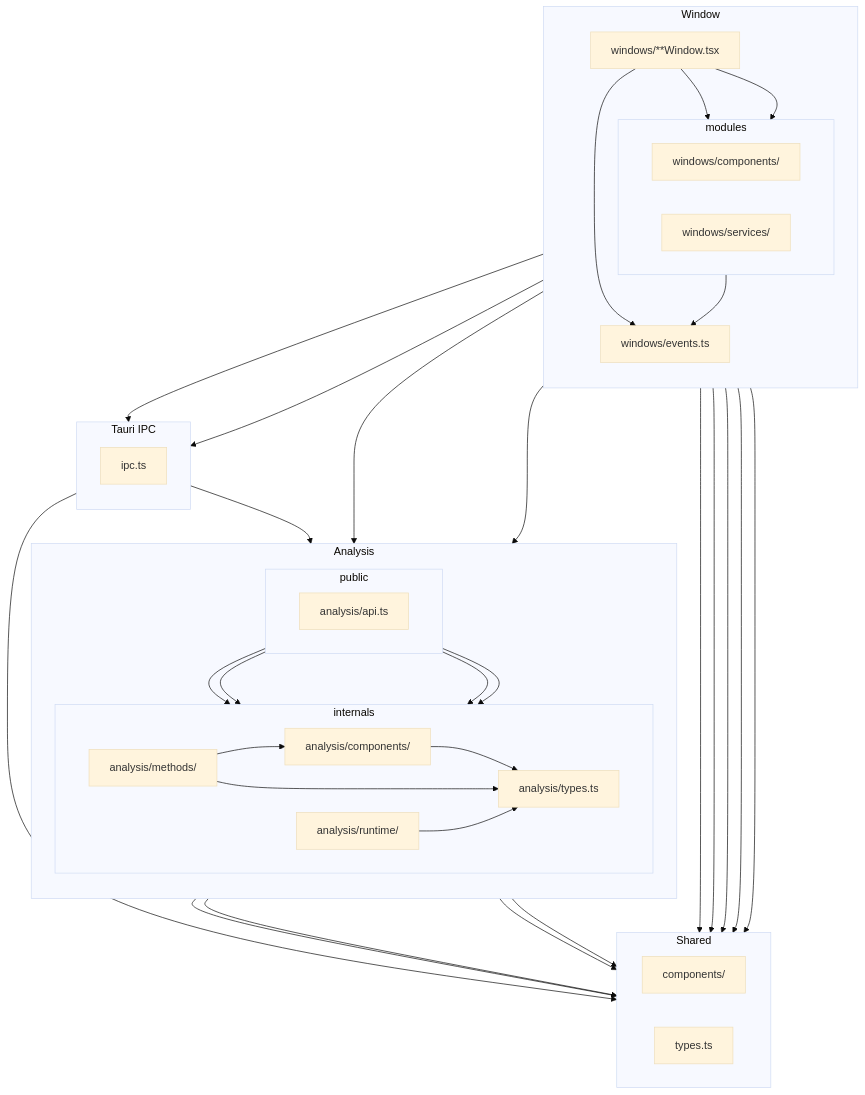
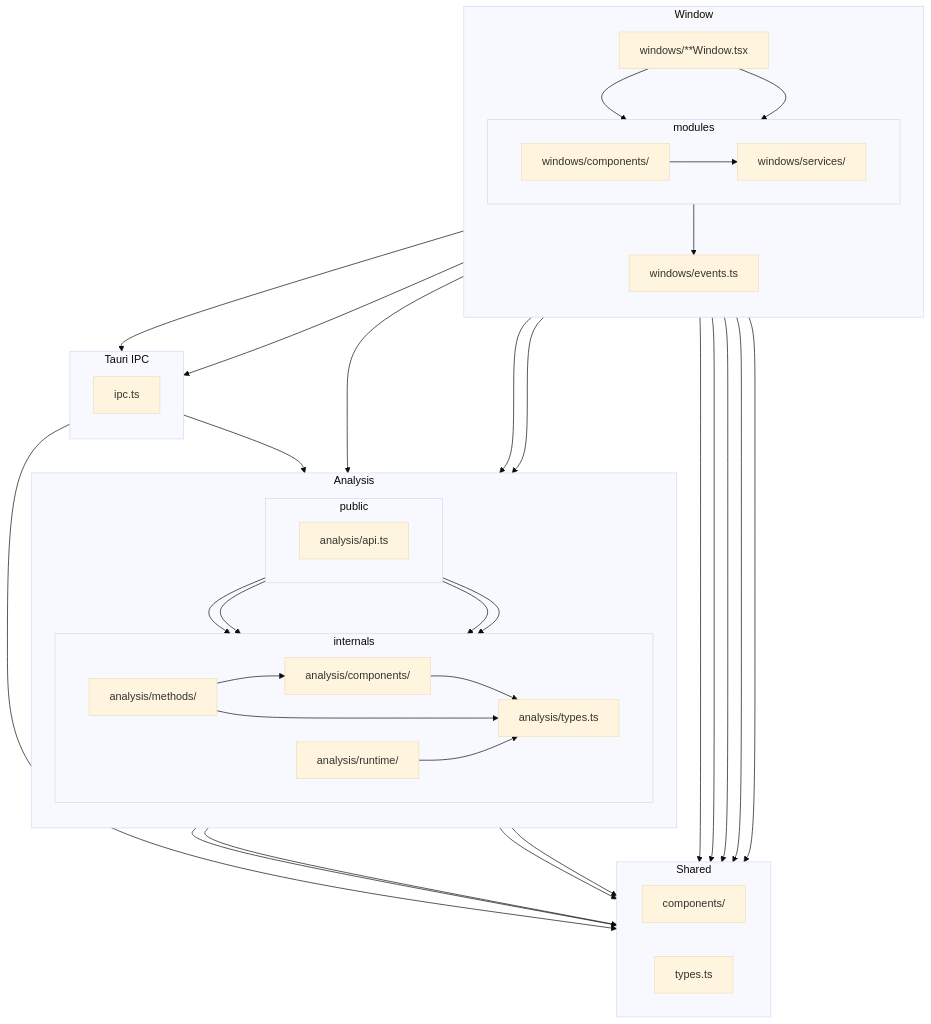
Before and after one commit to stkii/sai: the second of 4 diagrams in docs/ARCHITECTURE.md, drawn with Mermaid (base theme). The commit also changed other lines of this file and 2 other files, not shown here.

````diff
--- a/docs/ARCHITECTURE.md
+++ b/docs/ARCHITECTURE.md
@@ -6,79 +80,79 @@
 ```mermaid
 flowchart TB
   direction TB
 
   subgraph P["Window"]
     direction TB
 
     W["windows/**Window.tsx"]
     WE["windows/events.ts"]
 
     subgraph modules
       direction LR
       WC["windows/components/"]
       WS["windows/services/"]
     end
   end
 
   subgraph A["Analysis"]
     direction TB
 
     subgraph AP["public"]
       direction LR
       AA["analysis/api.ts"]
     end
 
     subgraph AI["internals"]
       direction LR
       AC["analysis/components/"]
       AM["analysis/methods/"]
       AR["analysis/runtime/"]
       AT["analysis/types.ts"]
     end
   end
 
   subgraph C["Shared"]
     direction LR
     CC["components/"]
     CT["types.ts"]
   end
 
   subgraph X["Tauri IPC"]
     direction TB
     I["ipc.ts"]
   end
 
   W --> AA
   W --> I
   W --> CT
   W --> WC
   W --> WS
-  W --> WE
-
   WC --> I
   WS --> AA
 
   W --> CC
   WC --> CC
   AC --> CC
   AM --> CC
 
   WC --> CT
+  WC --> AA
+  WC --> WS
   WS --> CT
   I --> CT
   AR --> CT
 
   WS --> WE
   I --> AA
 
   AA --> AC
   AA --> AM
   AA --> AR
   AA --> AT
   AC --> AT
   AM --> AC
   AM --> AT
   AR --> AT
   AT --> CT
 
 ```
````
